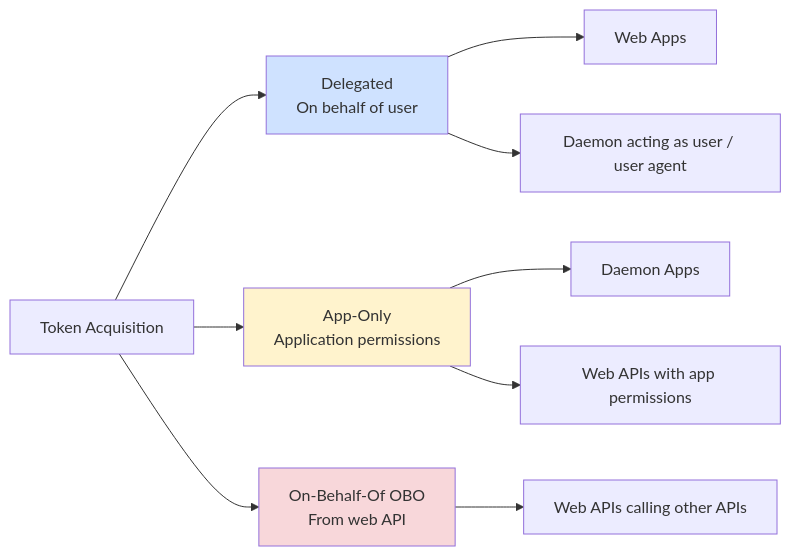
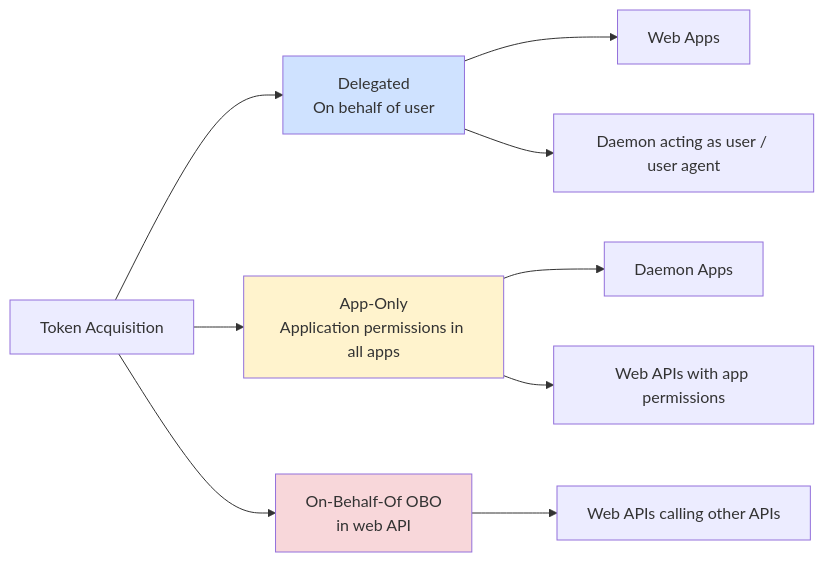
The second of 2 diagrams in docs/calling-downstream-apis/README.md (AzureAD/microsoft-identity-web), drawn with Mermaid before and after one commit. The commit also changed other lines of this file, not shown here.

First line of the commit message:
Enhance README for downstream API guidance

````diff
--- a/docs/calling-downstream-apis/README.md
+++ b/docs/calling-downstream-apis/README.md
@@ -43,16 +43,16 @@
 ```mermaid
 graph LR
     A[Token Acquisition] --> B[Delegated<br/>On behalf of user]
-    A --> C[App-Only<br/>Application permissions]
-    A --> D[On-Behalf-Of OBO<br/>From web API]
+    A --> C[App-Only<br/>Application permissions in all apps]
+    A --> D[On-Behalf-Of OBO<br/>in web API]
     
     B --> B1[Web Apps]
     B --> B2[Daemon acting as user / user agent]
     C --> C1[Daemon Apps]
     C --> C2[Web APIs with app permissions]
     D --> D1[Web APIs calling other APIs]
     
     style B fill:#cfe2ff
     style C fill:#fff3cd
     style D fill:#f8d7da
 ```
````
